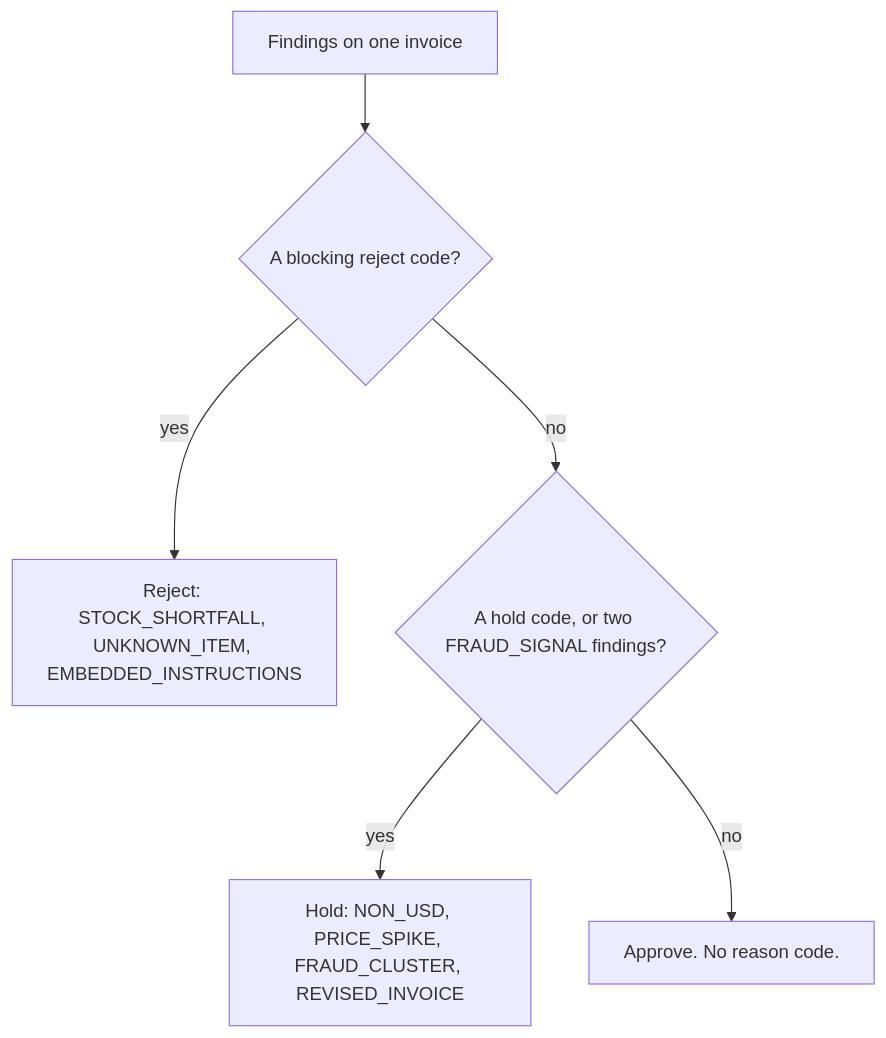
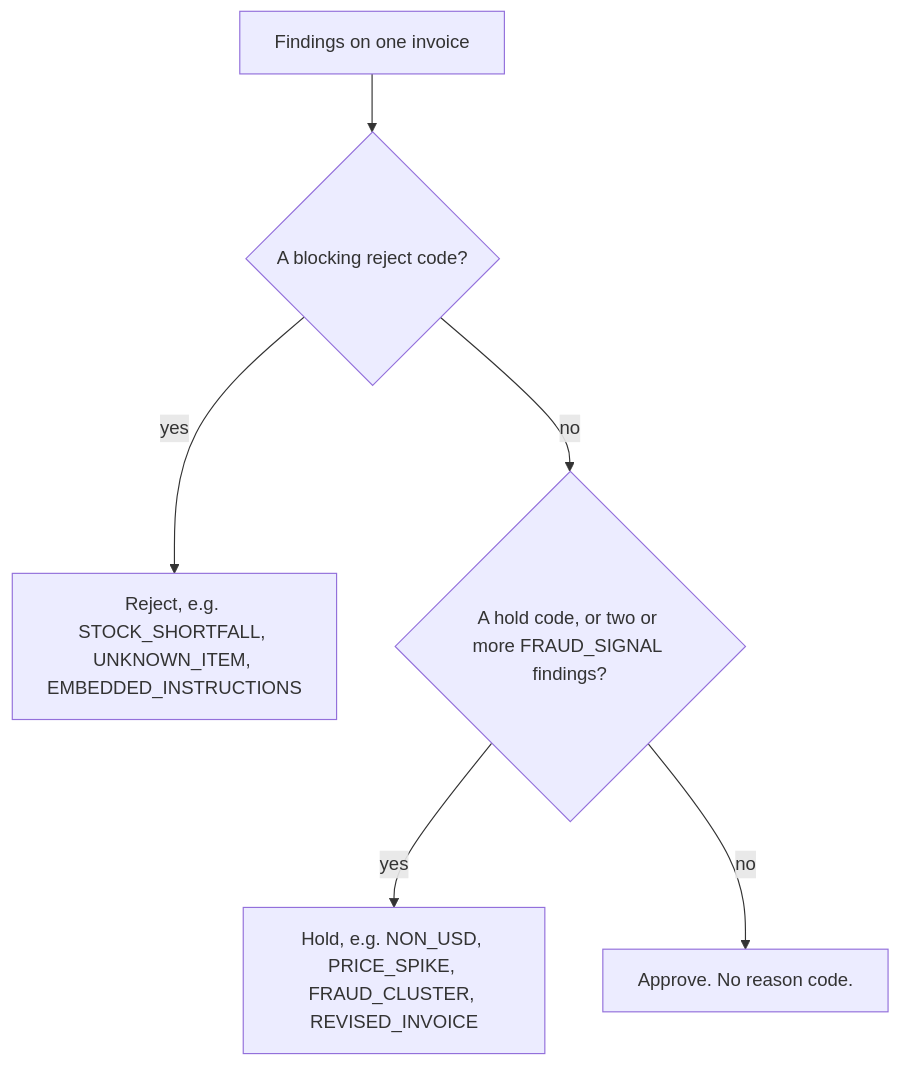
One commit to timothytracy/galatiq-case-invoices changed the third of 6 diagrams in SOLUTION.md. Above: the diagram before and after it, drawn with Mermaid. The commit also changed other lines of this file, not shown here.

````diff
--- a/SOLUTION.md
+++ b/SOLUTION.md
@@ -105,8 +105,8 @@
 ```mermaid
 flowchart TD
   findings["Findings on one invoice"] --> rejectGate{"A blocking reject code?"}
-  rejectGate -->|yes| rejectBox["Reject: STOCK_SHORTFALL, UNKNOWN_ITEM, EMBEDDED_INSTRUCTIONS"]
-  rejectGate -->|no| holdGate{"A hold code, or two FRAUD_SIGNAL findings?"}
-  holdGate -->|yes| holdBox["Hold: NON_USD, PRICE_SPIKE, FRAUD_CLUSTER, REVISED_INVOICE"]
+  rejectGate -->|yes| rejectBox["Reject, e.g. STOCK_SHORTFALL, UNKNOWN_ITEM, EMBEDDED_INSTRUCTIONS"]
+  rejectGate -->|no| holdGate{"A hold code, or two or more FRAUD_SIGNAL findings?"}
+  holdGate -->|yes| holdBox["Hold, e.g. NON_USD, PRICE_SPIKE, FRAUD_CLUSTER, REVISED_INVOICE"]
   holdGate -->|no| approveBox["Approve. No reason code."]
 ```
````
